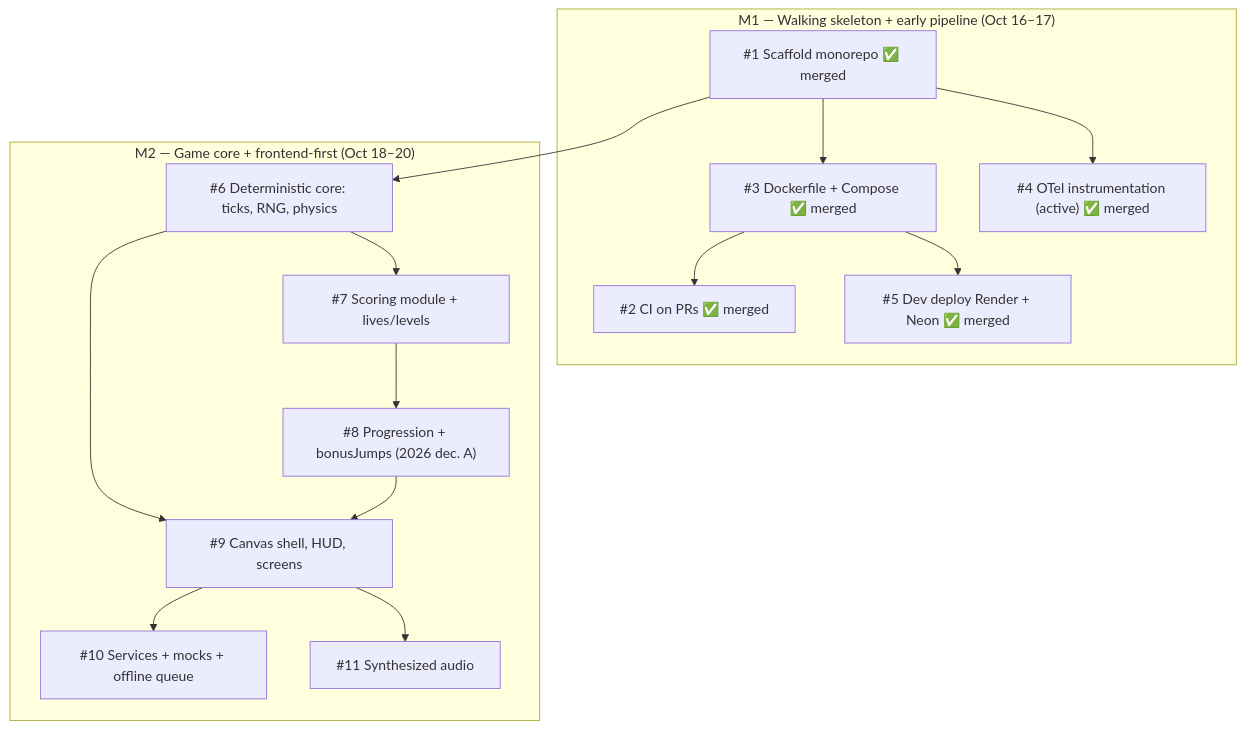
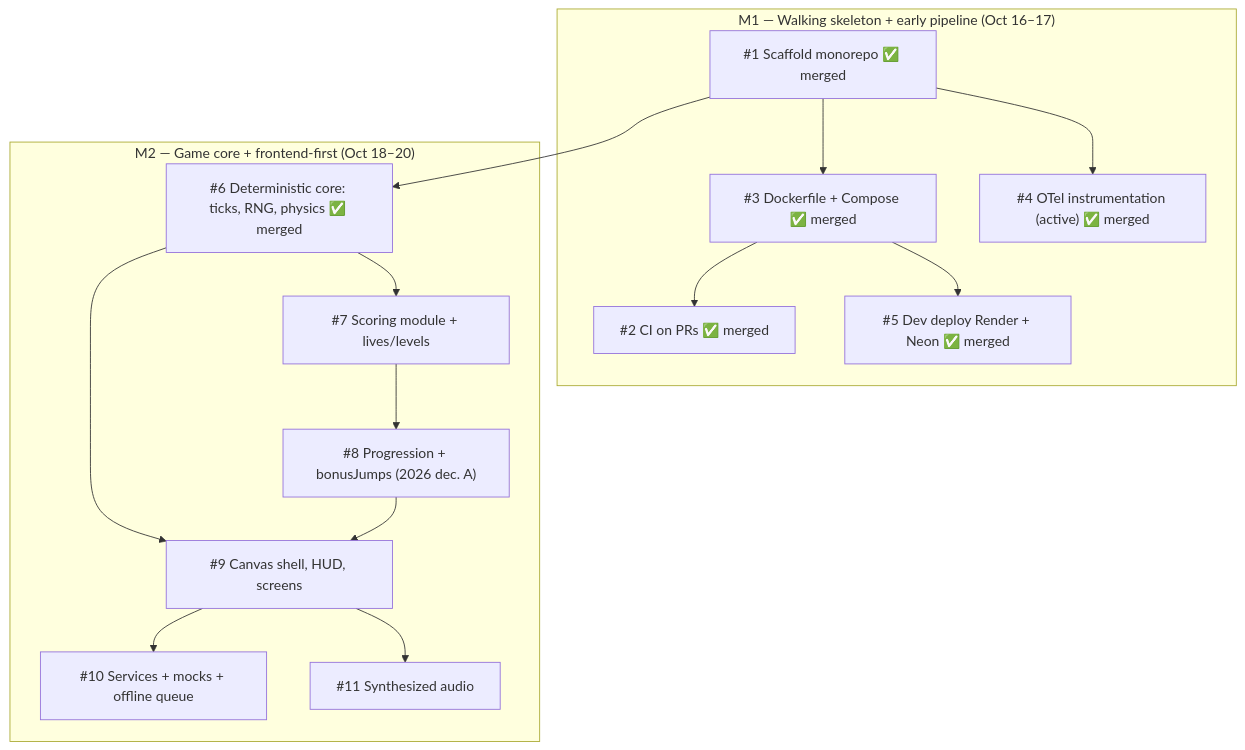
Before and after one commit to lucapug/clown-circus-reloaded: the diagram in _docs/backlog.md, drawn with Mermaid.

Commit message:
Backlog map: #6 deterministic game core merged — M2 underway (1/6)

````diff
--- a/_docs/backlog.md
+++ b/_docs/backlog.md
@@ -7,32 +7,32 @@
 ```mermaid
 graph TD
     subgraph M1["M1 — Walking skeleton + early pipeline (Oct 16–17)"]
         I1["#1 Scaffold monorepo ✅ merged"]
     I2["#2 CI on PRs ✅ merged"]
         I3["#3 Dockerfile + Compose ✅ merged"]
     I4["#4 OTel instrumentation (active) ✅ merged"]
     I5["#5 Dev deploy Render + Neon ✅ merged"]
     end
 
     subgraph M2["M2 — Game core + frontend-first (Oct 18–20)"]
-        I6["#6 Deterministic core: ticks, RNG, physics"]
+        I6["#6 Deterministic core: ticks, RNG, physics ✅ merged"]
         I7["#7 Scoring module + lives/levels"]
         I8["#8 Progression + bonusJumps (2026 dec. A)"]
         I9["#9 Canvas shell, HUD, screens"]
         I10["#10 Services + mocks + offline queue"]
         I11["#11 Synthesized audio"]
     end
 
     I1 --> I3
     I1 --> I4
     I3 --> I2
     I3 --> I5
 
     I1 --> I6
     I6 --> I7
     I7 --> I8
     I6 --> I9
     I8 --> I9
     I9 --> I10
     I9 --> I11
 ```
````
